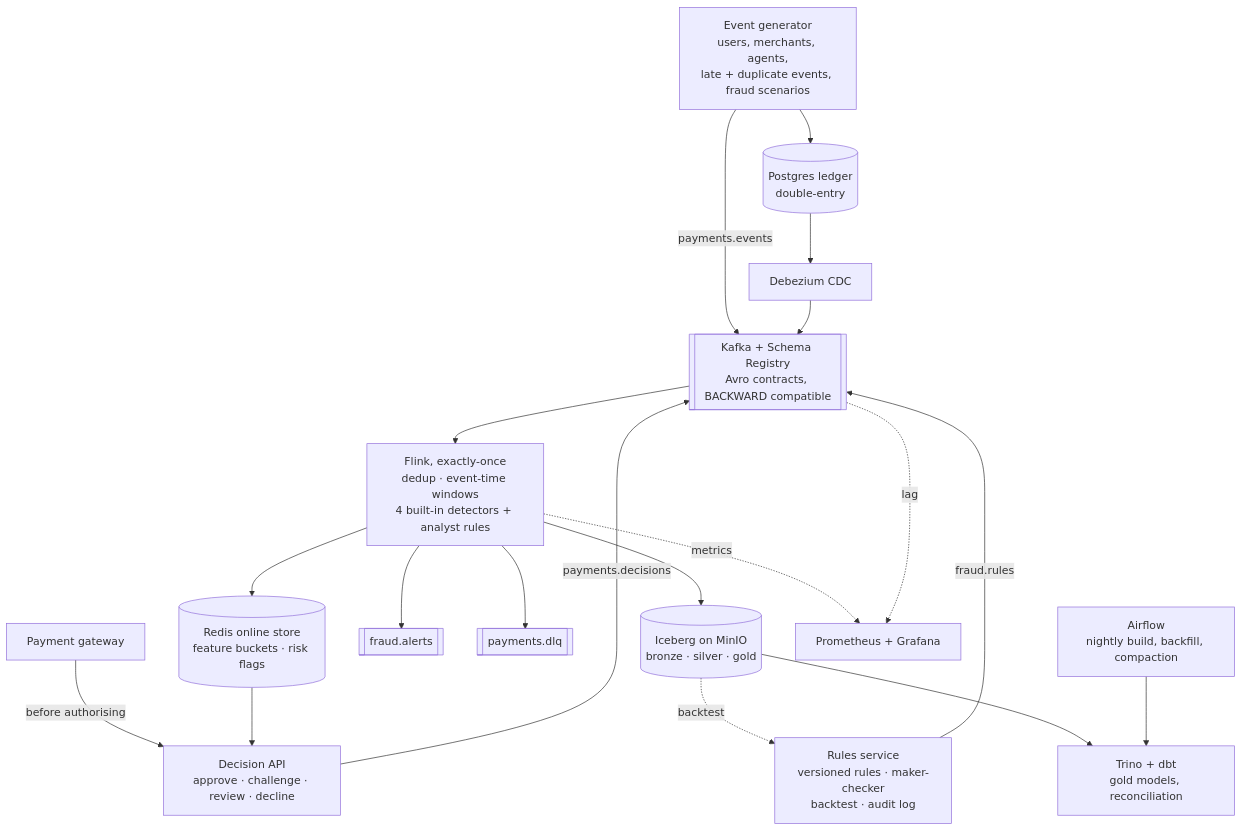
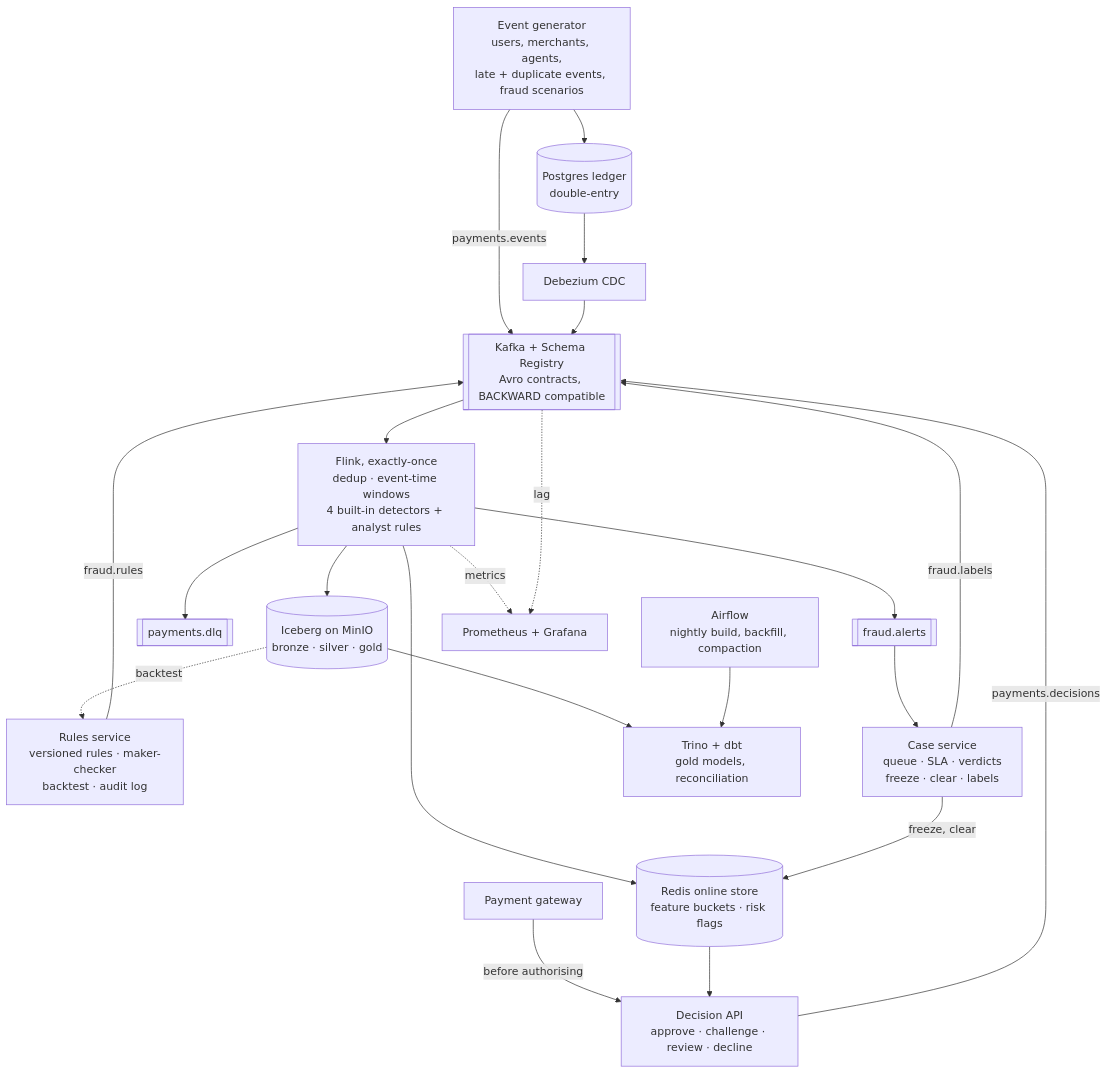
One commit to noushadbackup/paystream changed the diagram in README.md. Above: the diagram before and after it, drawn with Mermaid. The commit also changed other lines of this file and 37 other files, not shown here.

First line of the commit message:
Add case management: verdicts become labels, freezes and clearances

````diff
--- a/README.md
+++ b/README.md
@@ -13,35 +13,39 @@
 ```mermaid
 flowchart TB
     gen[Event generator<br/>users, merchants, agents,<br/>late + duplicate events, fraud scenarios]
     pg[(Postgres ledger<br/>double-entry)]
     dbz[Debezium CDC]
     kafka[[Kafka + Schema Registry<br/>Avro contracts, BACKWARD compatible]]
     flink[Flink, exactly-once<br/>dedup · event-time windows<br/>4 built-in detectors + analyst rules]
     rules[Rules service<br/>versioned rules · maker-checker<br/>backtest · audit log]
     redis[(Redis online store<br/>feature buckets · risk flags)]
     decide[Decision API<br/>approve · challenge · review · decline]
+    cases[Case service<br/>queue · SLA · verdicts<br/>freeze · clear · labels]
     gw[Payment gateway]
     alerts[[fraud.alerts]]
     dlq[[payments.dlq]]
     lake[(Iceberg on MinIO<br/>bronze · silver · gold)]
     trino[Trino + dbt<br/>gold models, reconciliation]
     airflow[Airflow<br/>nightly build, backfill, compaction]
     obs[Prometheus + Grafana]
 
     rules -->|fraud.rules| kafka
     flink --> redis
     gw -->|before authorising| decide
     redis --> decide
     decide -->|payments.decisions| kafka
+    alerts --> cases
+    cases -->|freeze, clear| redis
+    cases -->|fraud.labels| kafka
     lake -.backtest.-> rules
     gen -->|payments.events| kafka
     gen --> pg --> dbz --> kafka
     kafka --> flink
     flink --> alerts
     flink --> dlq
     flink --> lake
     lake --> trino
     airflow --> trino
     flink -.metrics.-> obs
     kafka -.lag.-> obs
 ```
````
